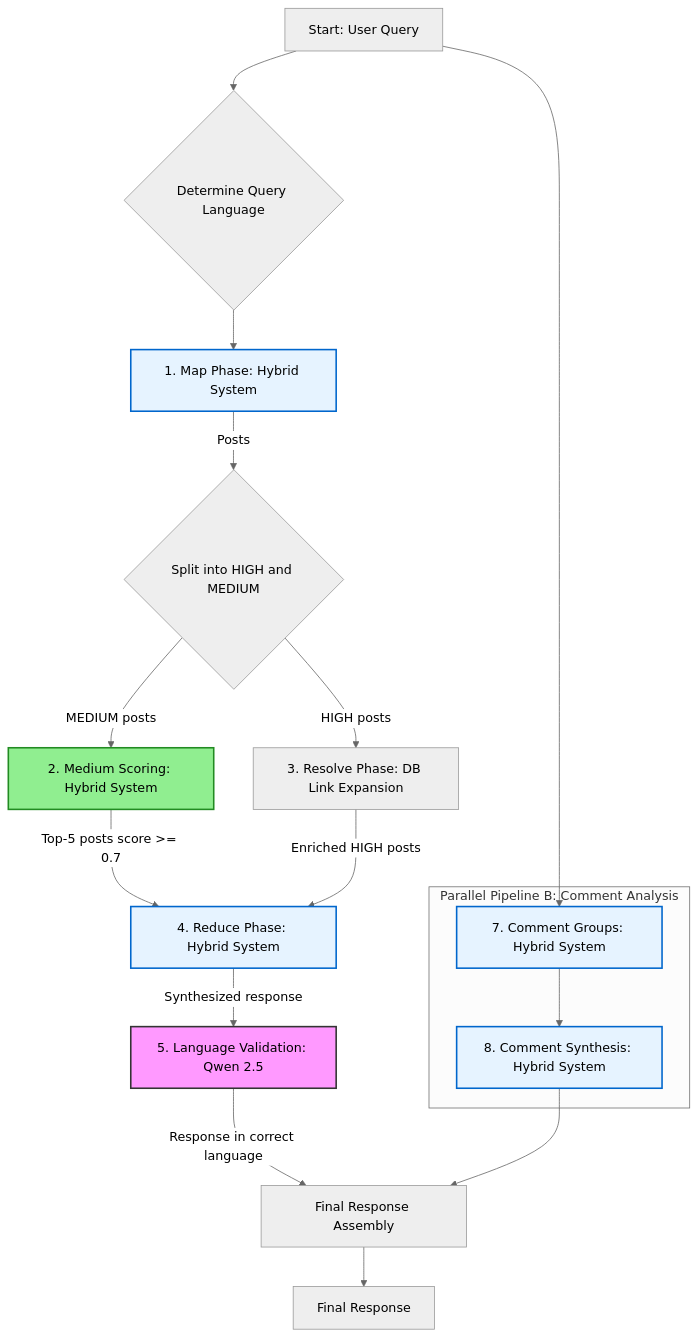
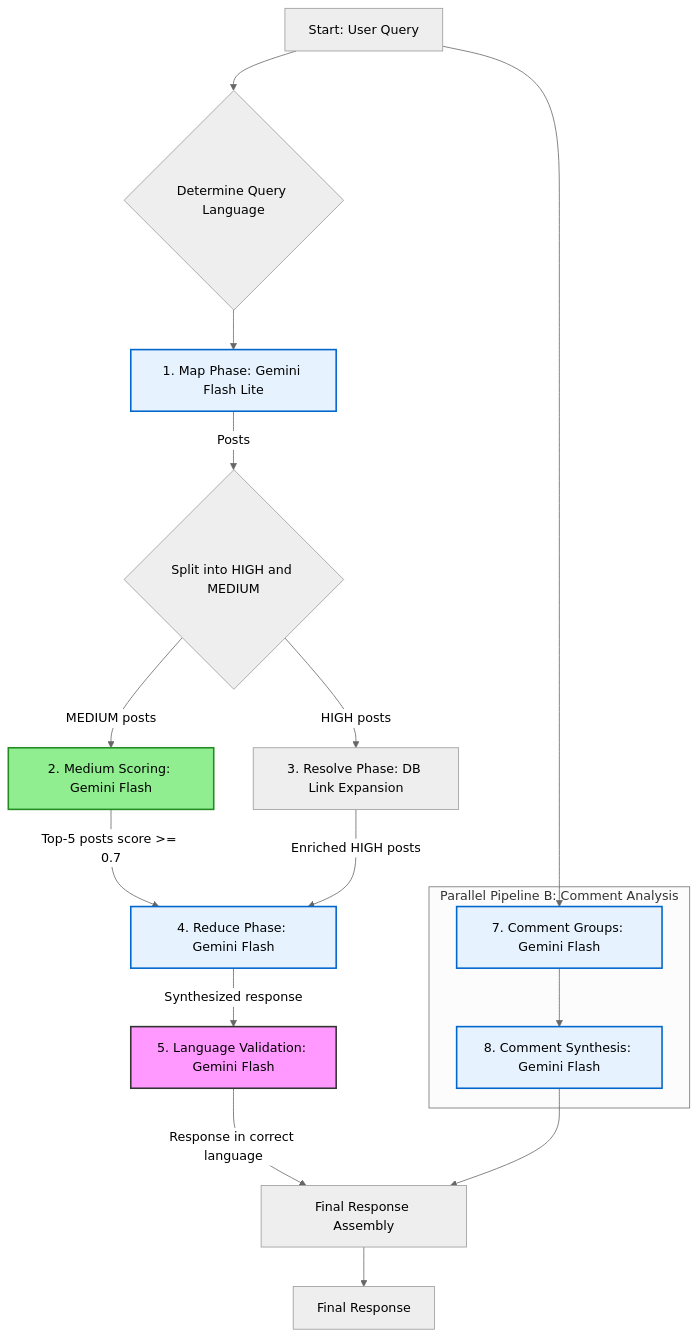
One commit to shao3d/Experts_panel changed the second of 3 diagrams in README.md. Above: the diagram before and after it, drawn with Mermaid (neutral theme). The commit also changed other lines of this file and 12 other files, not shown here.

First line of the commit message:
docs: sync documentation and code comments with Gemini-only architecture

````diff
--- a/README.md
+++ b/README.md
@@ -60,28 +58,28 @@
 ```mermaid
 graph TD
     A[Start: User Query] --> B{Determine Query Language}
-    B --> C[1. Map Phase: Hybrid System]
+    B --> C[1. Map Phase: Gemini Flash Lite]
     C -- "Posts" --> D{Split into HIGH and MEDIUM}
     D -- "HIGH posts" --> E[3. Resolve Phase: DB Link Expansion]
-    D -- "MEDIUM posts" --> F[2. Medium Scoring: Hybrid System]
-    F -- "Top-5 posts score >= 0.7" --> G[4. Reduce Phase: Hybrid System]
+    D -- "MEDIUM posts" --> F[2. Medium Scoring: Gemini Flash]
+    F -- "Top-5 posts score >= 0.7" --> G[4. Reduce Phase: Gemini Flash]
     E -- "Enriched HIGH posts" --> G
-    G -- "Synthesized response" --> H[5. Language Validation: Qwen 2.5]
+    G -- "Synthesized response" --> H[5. Language Validation: Gemini Flash]
     H -- "Response in correct language" --> I{Assemble Final Response}
 
     subgraph "Parallel Pipeline B: Comment Analysis"
-        J[7. Comment Groups: Hybrid System] --> K[8. Comment Synthesis: Hybrid System]
+        J[7. Comment Groups: Gemini Flash] --> K[8. Comment Synthesis: Gemini Flash]
     end
 
     A --> J
     K --> I[Final Response Assembly]
 
     I --> L[Final Response]
 
     classDef llm_step fill:#f9f,stroke:#333,stroke-width:2px
     class C,F,G,H,J,K llm_step
-    classDef hybrid_step fill:#e6f3ff,stroke:#0066cc,stroke-width:2px
-    class C,F,G,J,K hybrid_step
+    classDef gemini_step fill:#e6f3ff,stroke:#0066cc,stroke-width:2px
+    class C,F,G,J,K gemini_step
     classDef cost_optimized fill:#90EE90,stroke:#228B22,stroke-width:2px
     class F cost_optimized
 ```
````
